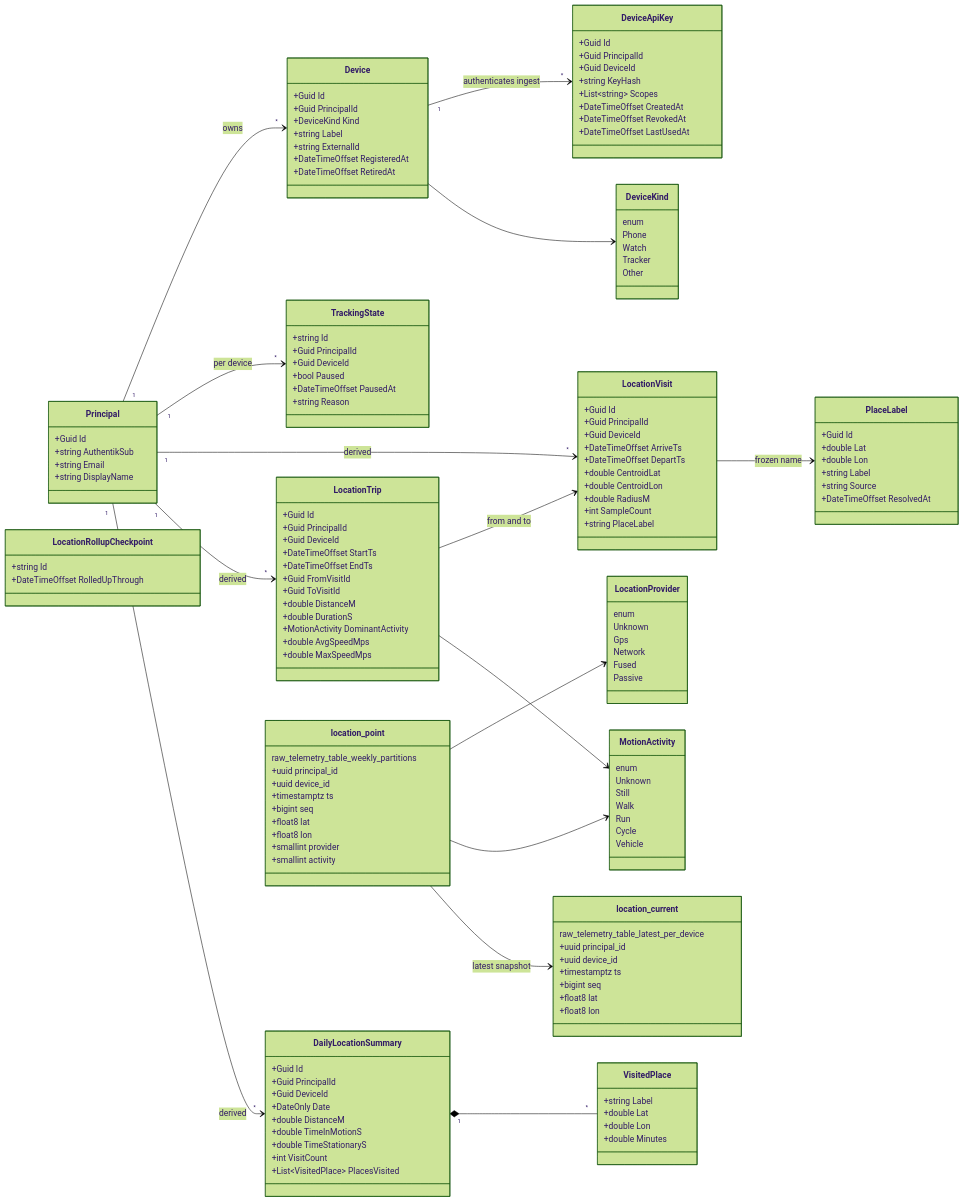
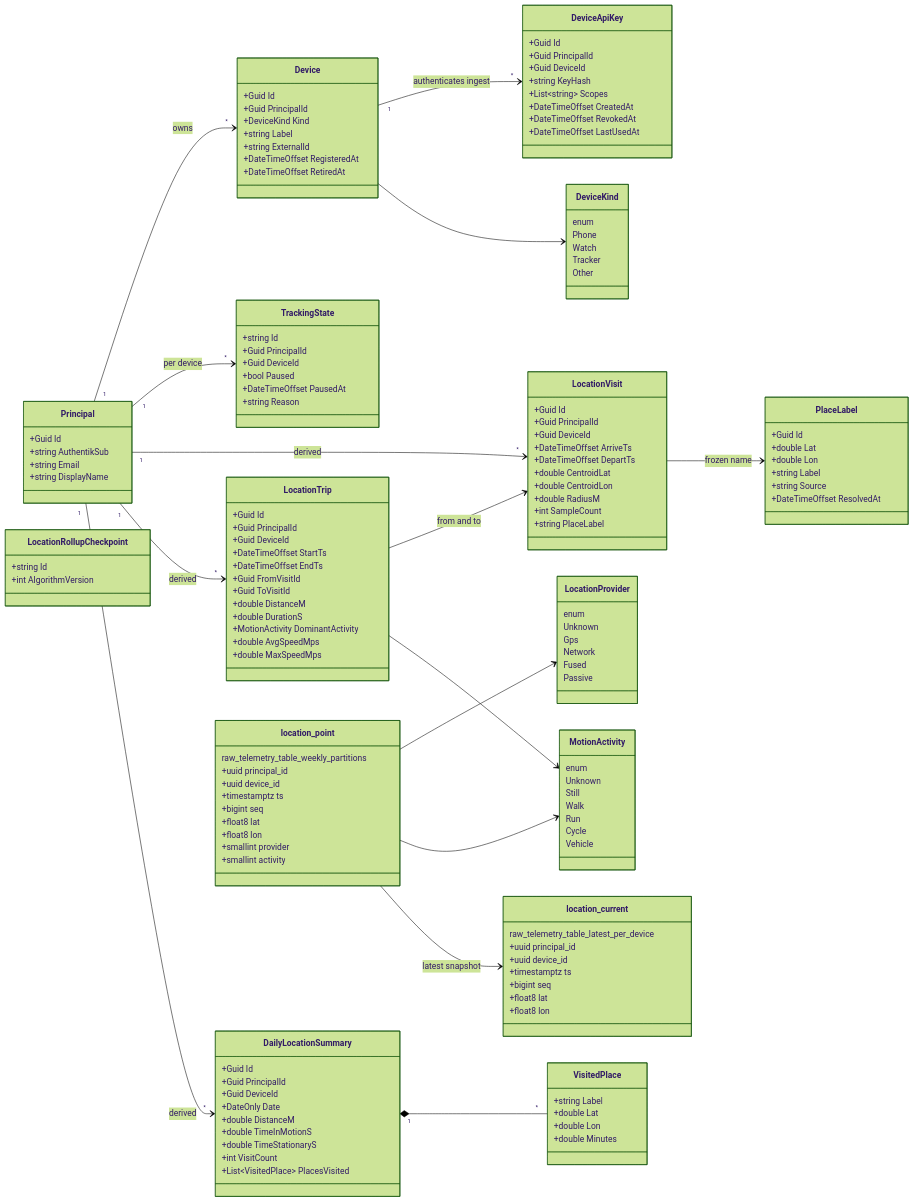
Before and after one commit to danbro96/LupiraLocationApi: the diagram in docs/architecture.md, drawn with Mermaid (forest theme). The commit also changed other lines of this file and 25 other files, not shown here.

```diff
--- a/docs/architecture.md
+++ b/docs/architecture.md
@@ -247,7 +258,7 @@
     }
     class LocationRollupCheckpoint {
         +string Id
-        +DateTimeOffset RolledUpThrough
+        +int AlgorithmVersion
     }
     class location_point {
         raw_telemetry_table_weekly_partitions
```
